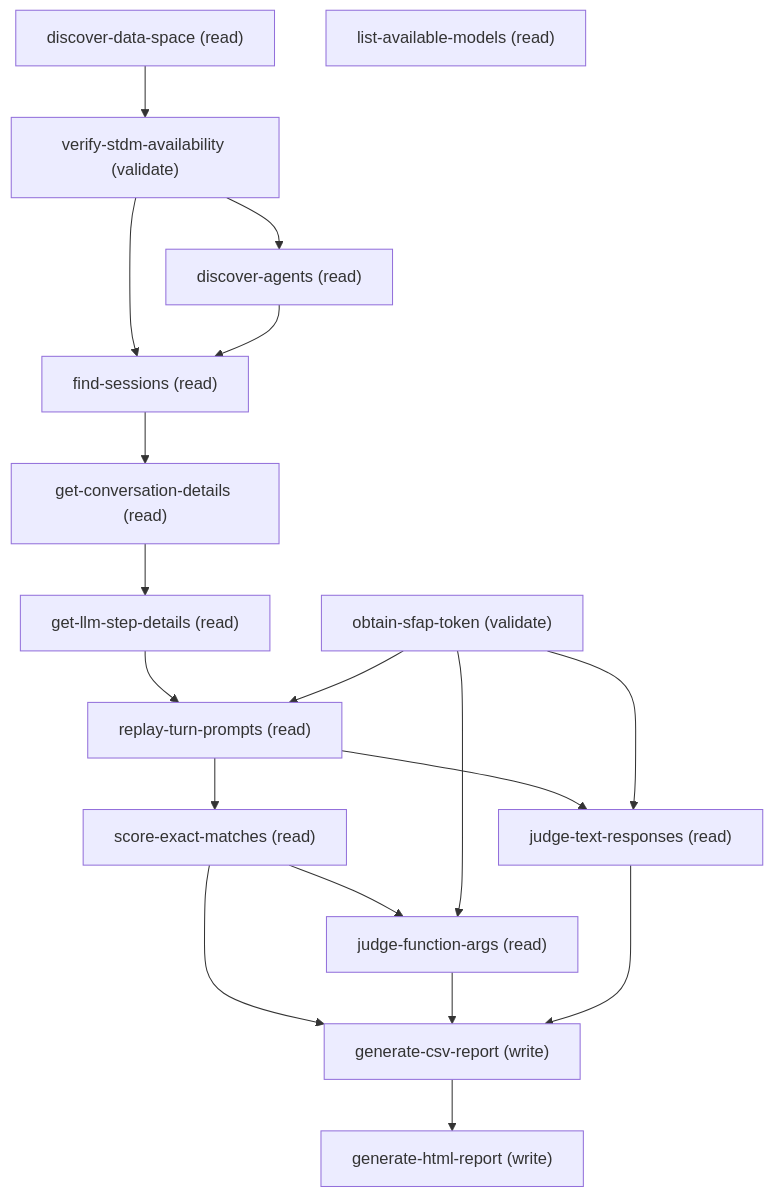
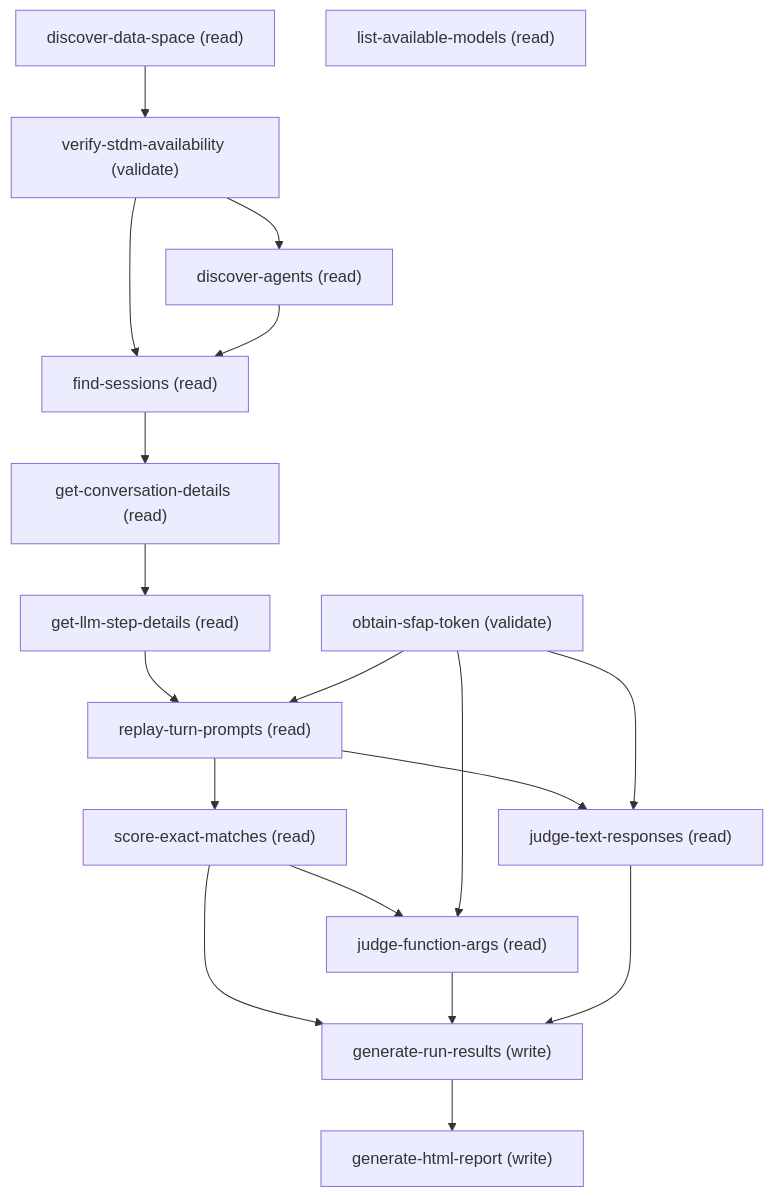
One commit to gabrielmoreira/agent-skills-mirror changed the diagram in mirrors/repos/forcedotcom@sf-skills/skills/agentforce-offline-experimentation-run/SKILL.md. Above: the diagram before and after it, drawn with Mermaid. The commit also changed other lines of this file and 5098 other files, not shown here.

````diff
--- a/mirrors/repos/forcedotcom@sf-skills/skills/agentforce-offline-experimentation-run/SKILL.md
+++ b/mirrors/repos/forcedotcom@sf-skills/skills/agentforce-offline-experimentation-run/SKILL.md
@@ -69,34 +68,34 @@
 ```mermaid
 graph TD
   discover_data_space["discover-data-space (read)"]
   verify_stdm_availability["verify-stdm-availability (validate)"]
   discover_agents["discover-agents (read)"]
   list_available_models["list-available-models (read)"]
   find_sessions["find-sessions (read)"]
   get_conversation_details["get-conversation-details (read)"]
   get_llm_step_details["get-llm-step-details (read)"]
   obtain_sfap_token["obtain-sfap-token (validate)"]
   replay_turn_prompts["replay-turn-prompts (read)"]
   score_exact_matches["score-exact-matches (read)"]
   judge_function_args["judge-function-args (read)"]
   judge_text_responses["judge-text-responses (read)"]
-  generate_csv_report["generate-csv-report (write)"]
+  generate_run_results["generate-run-results (write)"]
   generate_html_report["generate-html-report (write)"]
   discover_data_space --> verify_stdm_availability
   verify_stdm_availability --> discover_agents
   verify_stdm_availability --> find_sessions
   discover_agents --> find_sessions
   find_sessions --> get_conversation_details
   get_conversation_details --> get_llm_step_details
   get_llm_step_details --> replay_turn_prompts
   obtain_sfap_token --> replay_turn_prompts
   replay_turn_prompts --> score_exact_matches
   score_exact_matches --> judge_function_args
   obtain_sfap_token --> judge_function_args
   replay_turn_prompts --> judge_text_responses
   obtain_sfap_token --> judge_text_responses
-  score_exact_matches --> generate_csv_report
-  judge_function_args --> generate_csv_report
-  judge_text_responses --> generate_csv_report
-  generate_csv_report --> generate_html_report
+  score_exact_matches --> generate_run_results
+  judge_function_args --> generate_run_results
+  judge_text_responses --> generate_run_results
+  generate_run_results --> generate_html_report
 ```
````
